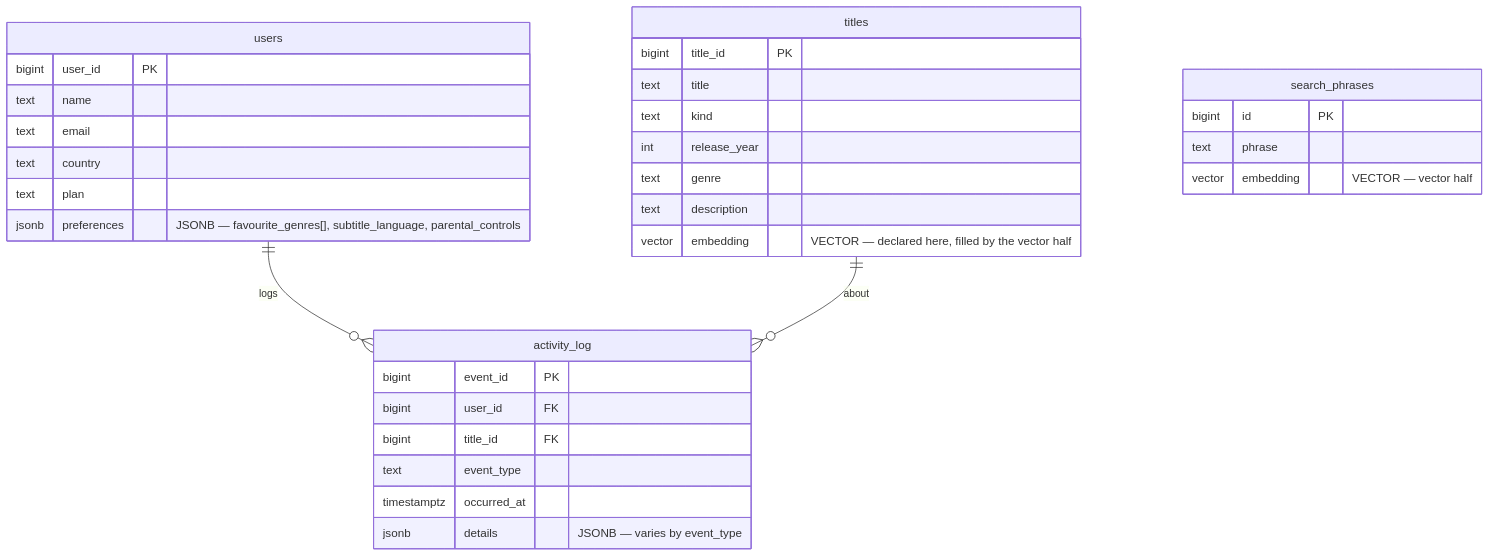
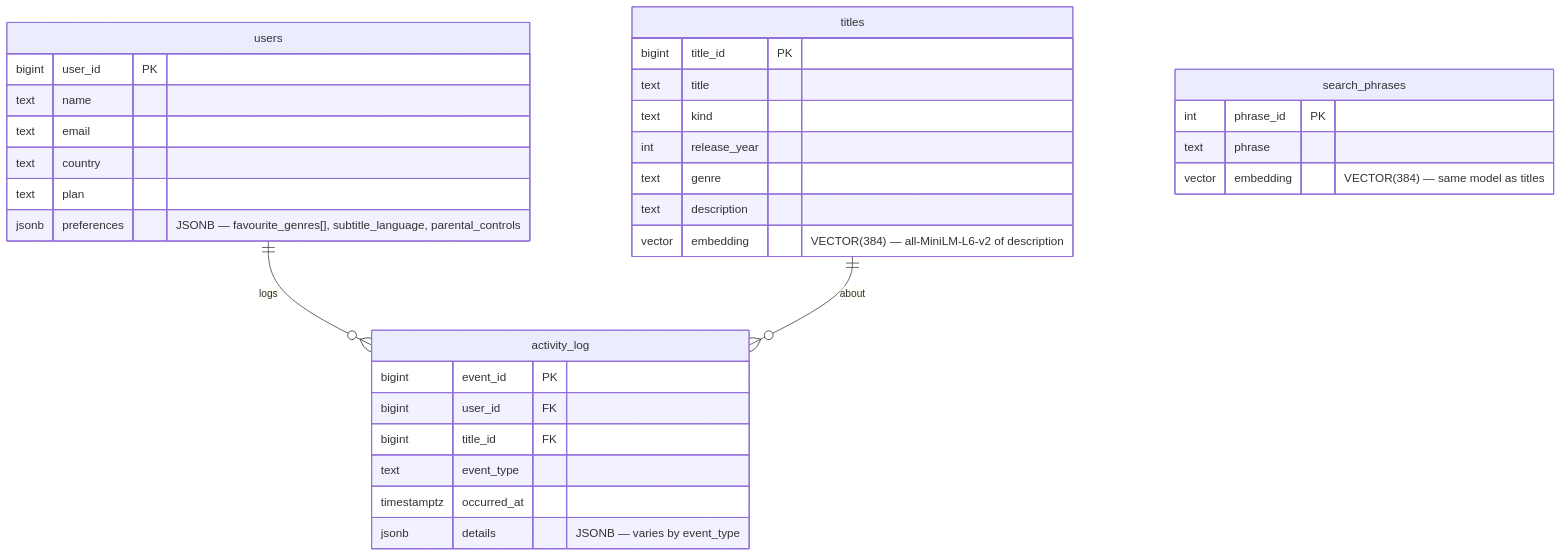
Before and after one commit to noahjobse/advdb-activity3-Group5: the diagram in docs/schema.md, drawn with Mermaid. The commit also changed other lines of this file and 5 other files, not shown here.

First line of the commit message:
CA3 vector half: title embeddings, search phrases, and 3 vector queries

````diff
--- a/docs/schema.md
+++ b/docs/schema.md
@@ -7,36 +7,36 @@
 ```mermaid
 erDiagram
     users ||--o{ activity_log : logs
     titles ||--o{ activity_log : about
 
     users {
         bigint user_id PK
         text   name
         text   email
         text   country
         text   plan
         jsonb  preferences "JSONB — favourite_genres[], subtitle_language, parental_controls"
     }
     titles {
         bigint title_id PK
         text   title
         text   kind
         int    release_year
         text   genre
         text   description
-        vector embedding "VECTOR — declared here, filled by the vector half"
+        vector embedding "VECTOR(384) — all-MiniLM-L6-v2 of description"
     }
     activity_log {
         bigint      event_id PK
         bigint      user_id FK
         bigint      title_id FK
         text        event_type
         timestamptz occurred_at
         jsonb       details "JSONB — varies by event_type"
     }
     search_phrases {
-        bigint id PK
+        int    phrase_id PK
         text   phrase
-        vector embedding "VECTOR — vector half"
+        vector embedding "VECTOR(384) — same model as titles"
     }
 ```
````
